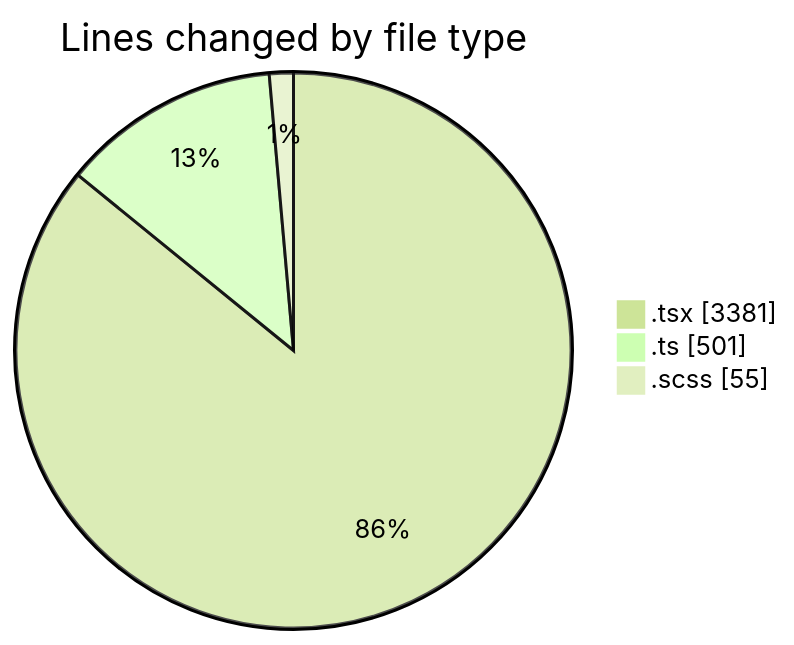
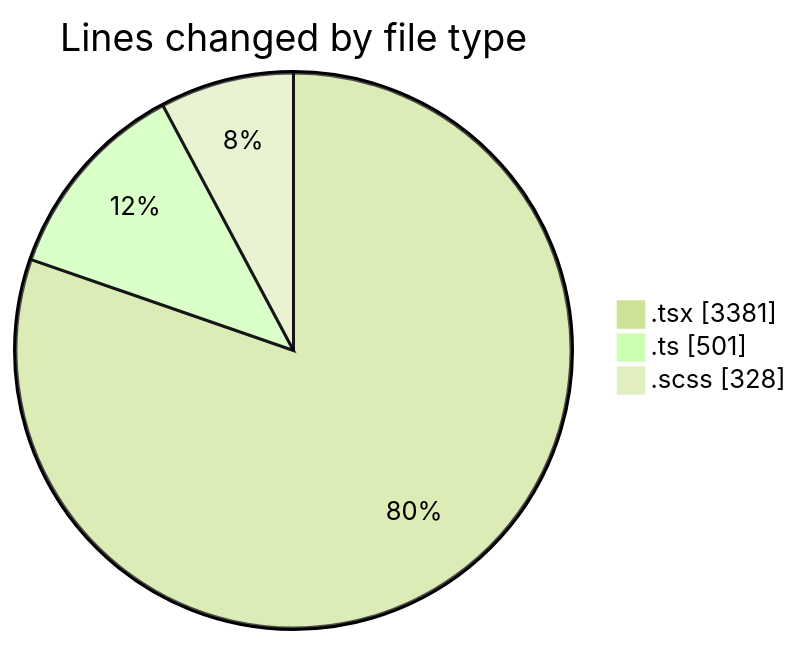
One commit to momahboobian/code-tracking changed the first of 2 diagrams in 2025-10-07/cda/README.md. Above: the diagram before and after it, drawn with Mermaid (forest theme). The commit also changed other lines of this file and 1 other file, not shown here.

````diff
--- a/2025-10-07/cda/README.md
+++ b/2025-10-07/cda/README.md
@@ -28,7 +28,7 @@
 ```mermaid
 pie showData
 title Lines changed by file type
 ".tsx" : 3381
 ".ts" : 501
-".scss" : 55
+".scss" : 328
 ```
````
